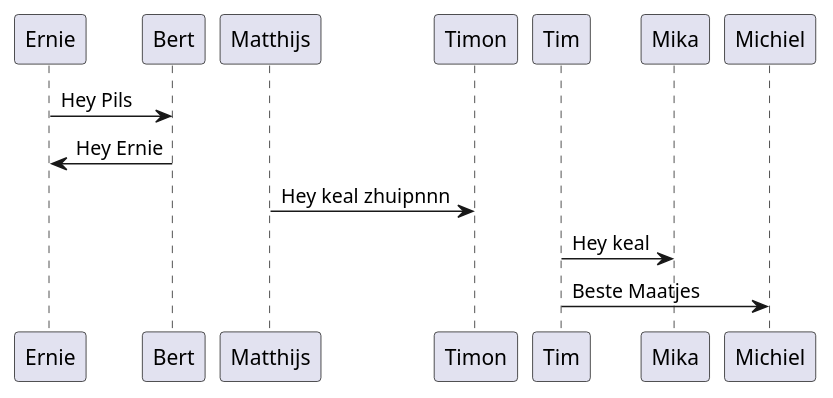
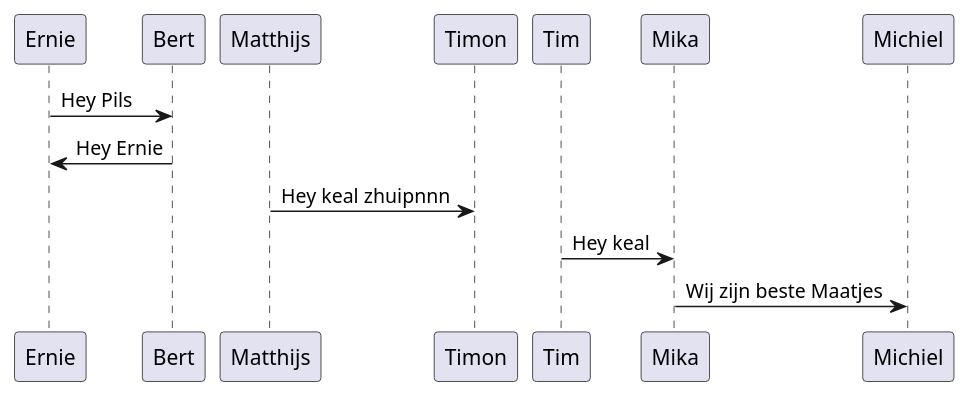
The diagram in src/Introduction.md (Timon14kraan/Project-Proces-and-Safety), drawn with PlantUML before and after one commit. The commit also changed 2 other files, not shown here.

Commit message:
beste maatjes

````diff
--- a/src/Introduction.md
+++ b/src/Introduction.md
@@ -3,15 +3,15 @@
 ```plantuml
 @startuml bert_and_ernie
 
 
 Ernie->Bert : Hey Pils
 Bert->Ernie : Hey Ernie
 
 Matthijs->Timon : Hey keal zhuipnnn
 Tim->Mika : Hey keal
-Tim-> Michiel : Beste Maatjes
+Mika-> Michiel :  Wij zijn beste Maatjes
 
 
 
 @enduml
 ```
````
